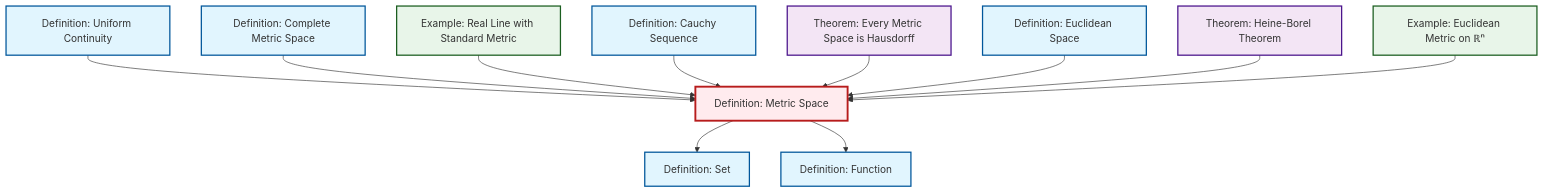
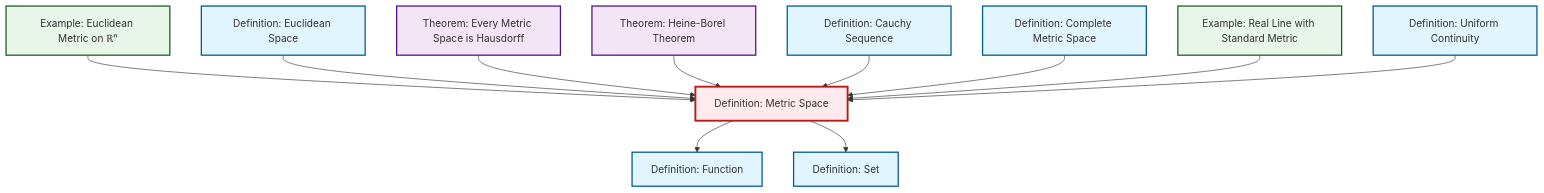
Before and after one commit to RK0429/ModernMath: the diagram in output/mermaid/def-metric-space.mermaid, drawn with Mermaid. The commit also changed other lines of this file and 1569 other files, not shown here.

```diff
--- a/output/mermaid/def-metric-space.mermaid
+++ b/output/mermaid/def-metric-space.mermaid
@@ -1,29 +1,29 @@
 %%| fig-cap: "Local dependency graph"
 graph TD
     classDef definition fill:#e1f5fe,stroke:#01579b,stroke-width:2px
     classDef theorem fill:#f3e5f5,stroke:#4a148c,stroke-width:2px
     classDef axiom fill:#fff3e0,stroke:#e65100,stroke-width:2px
     classDef example fill:#e8f5e9,stroke:#1b5e20,stroke-width:2px
     classDef current fill:#ffebee,stroke:#b71c1c,stroke-width:3px
+    def-metric-space["Definition: Metric Space"]:::definition
+    def-euclidean-space["Definition: Euclidean Space"]:::definition
+    thm-heine-borel["Theorem: Heine-Borel Theorem"]:::theorem
+    ex-real-line-metric["Example: Real Line with Standard Metric"]:::example
     thm-metric-hausdorff["Theorem: Every Metric Space is Hausdorff"]:::theorem
+    def-set["Definition: Set"]:::definition
     def-uniform-continuity["Definition: Uniform Continuity"]:::definition
+    def-cauchy-sequence["Definition: Cauchy Sequence"]:::definition
+    def-function["Definition: Function"]:::definition
+    def-complete-metric-space["Definition: Complete Metric Space"]:::definition
     ex-euclidean-metric["Example: Euclidean Metric on ℝⁿ"]:::example
-    def-set["Definition: Set"]:::definition
-    def-cauchy-sequence["Definition: Cauchy Sequence"]:::definition
-    def-complete-metric-space["Definition: Complete Metric Space"]:::definition
-    thm-heine-borel["Theorem: Heine-Borel Theorem"]:::theorem
-    def-function["Definition: Function"]:::definition
-    def-metric-space["Definition: Metric Space"]:::definition
-    ex-real-line-metric["Example: Real Line with Standard Metric"]:::example
-    def-euclidean-space["Definition: Euclidean Space"]:::definition
-    def-uniform-continuity --> def-metric-space
+    def-metric-space --> def-function
+    ex-euclidean-metric --> def-metric-space
+    def-euclidean-space --> def-metric-space
+    def-metric-space --> def-set
+    thm-metric-hausdorff --> def-metric-space
+    thm-heine-borel --> def-metric-space
+    def-cauchy-sequence --> def-metric-space
     def-complete-metric-space --> def-metric-space
     ex-real-line-metric --> def-metric-space
-    def-cauchy-sequence --> def-metric-space
-    thm-metric-hausdorff --> def-metric-space
-    def-euclidean-space --> def-metric-space
-    thm-heine-borel --> def-metric-space
-    def-metric-space --> def-set
-    ex-euclidean-metric --> def-metric-space
-    def-metric-space --> def-function
+    def-uniform-continuity --> def-metric-space
     class def-metric-space current
```
